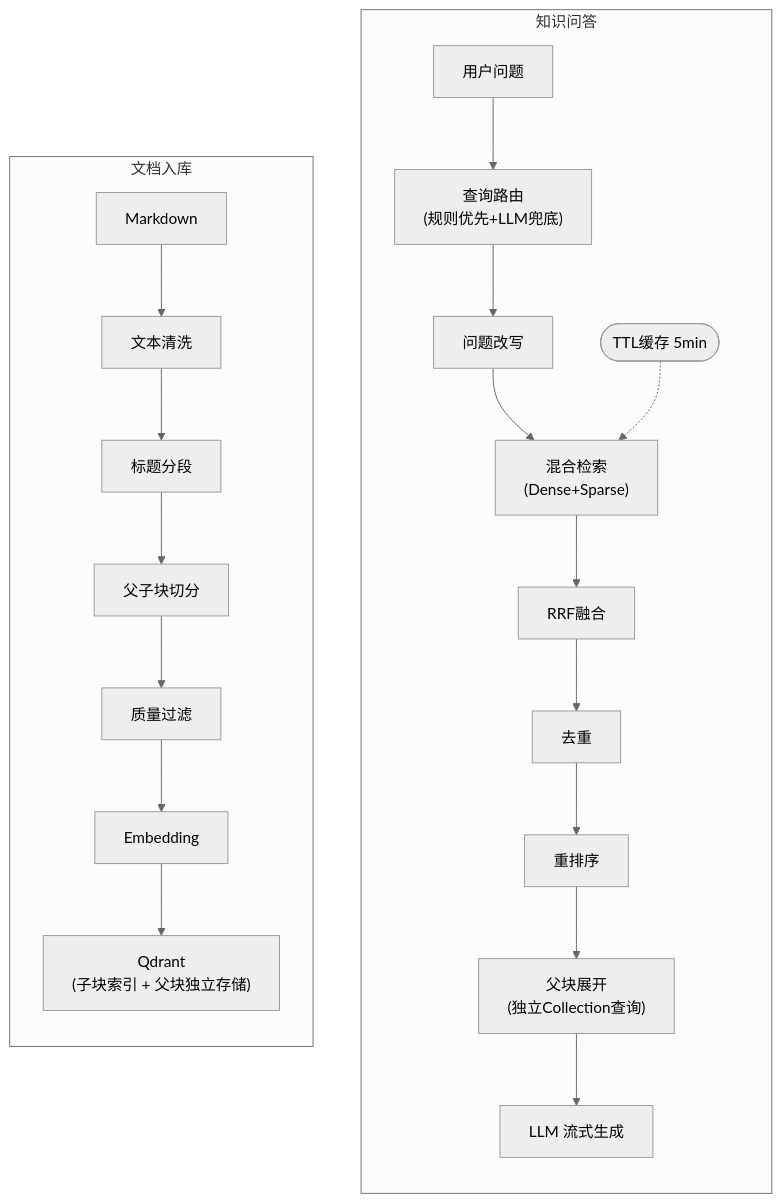
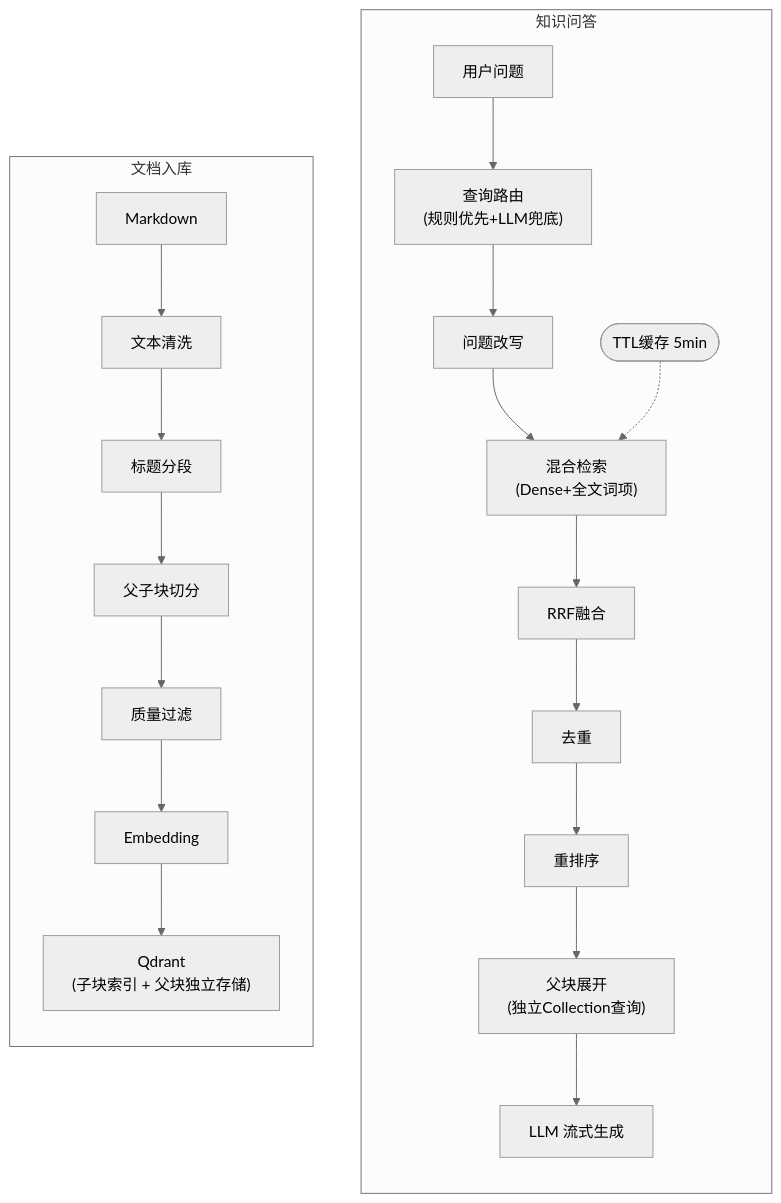
The first of 5 diagrams in docs/ARCHITECTURE.md (youngerrwei/403_RAG), drawn with Mermaid (neutral theme) before and after one commit. The commit also changed other lines of this file and 7 other files, not shown here.

````diff
--- a/docs/ARCHITECTURE.md
+++ b/docs/ARCHITECTURE.md
@@ -11,12 +11,12 @@
 ```mermaid
 flowchart LR
     subgraph ingest ["文档入库"]
         A1["Markdown"] --> A2["文本清洗"] --> A3["标题分段"] --> A4["父子块切分"] --> A5["质量过滤"] --> A6["Embedding"] --> A7["Qdrant<br>(子块索引 + 父块独立存储)"]
     end
     subgraph qa ["知识问答"]
-        B1["用户问题"] --> B2["查询路由<br>(规则优先+LLM兜底)"] --> B3["问题改写"] --> B4["混合检索<br>(Dense+Sparse)"]
+        B1["用户问题"] --> B2["查询路由<br>(规则优先+LLM兜底)"] --> B3["问题改写"] --> B4["混合检索<br>(Dense+全文词项)"]
         B4 --> B5["RRF融合"] --> B6["去重"] --> B7["重排序"] --> B8["父块展开<br>(独立Collection查询)"] --> B9["LLM 流式生成"]
         B10(["TTL缓存 5min"]) -.-> B4
     end
     ingest ~~~ qa
 ```
````
